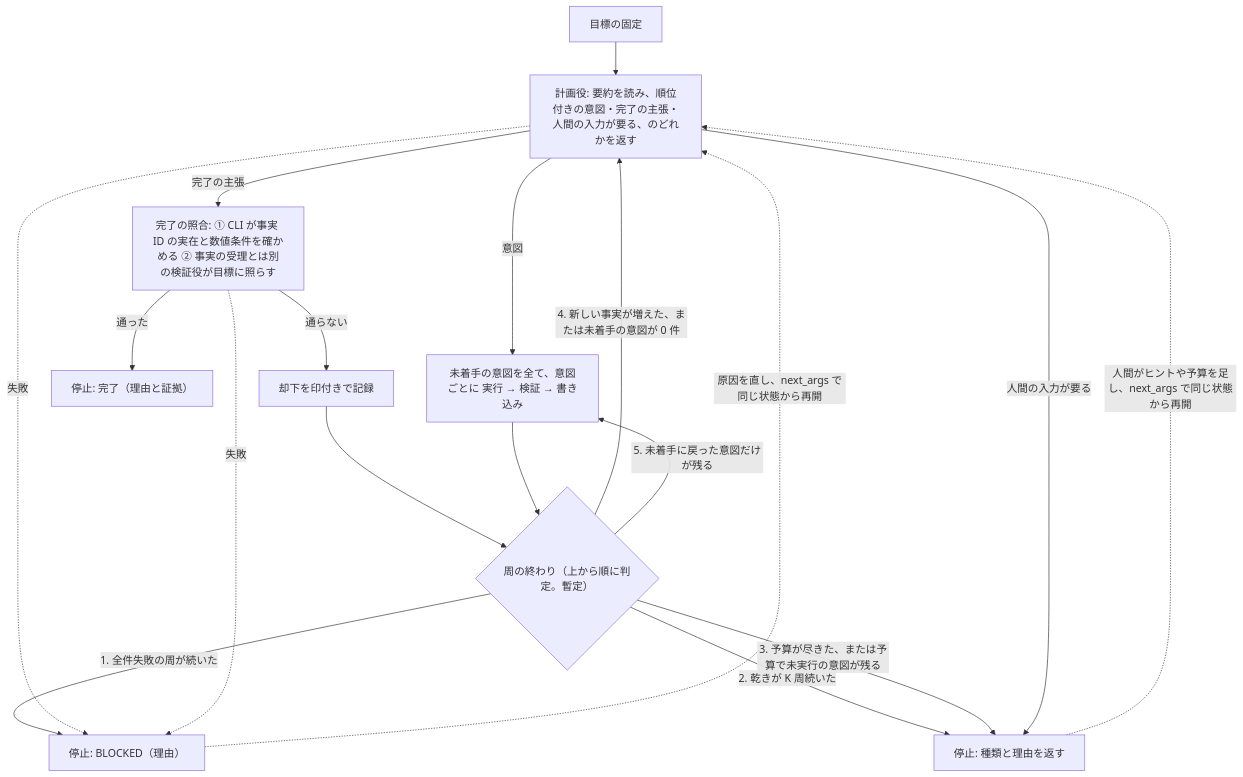
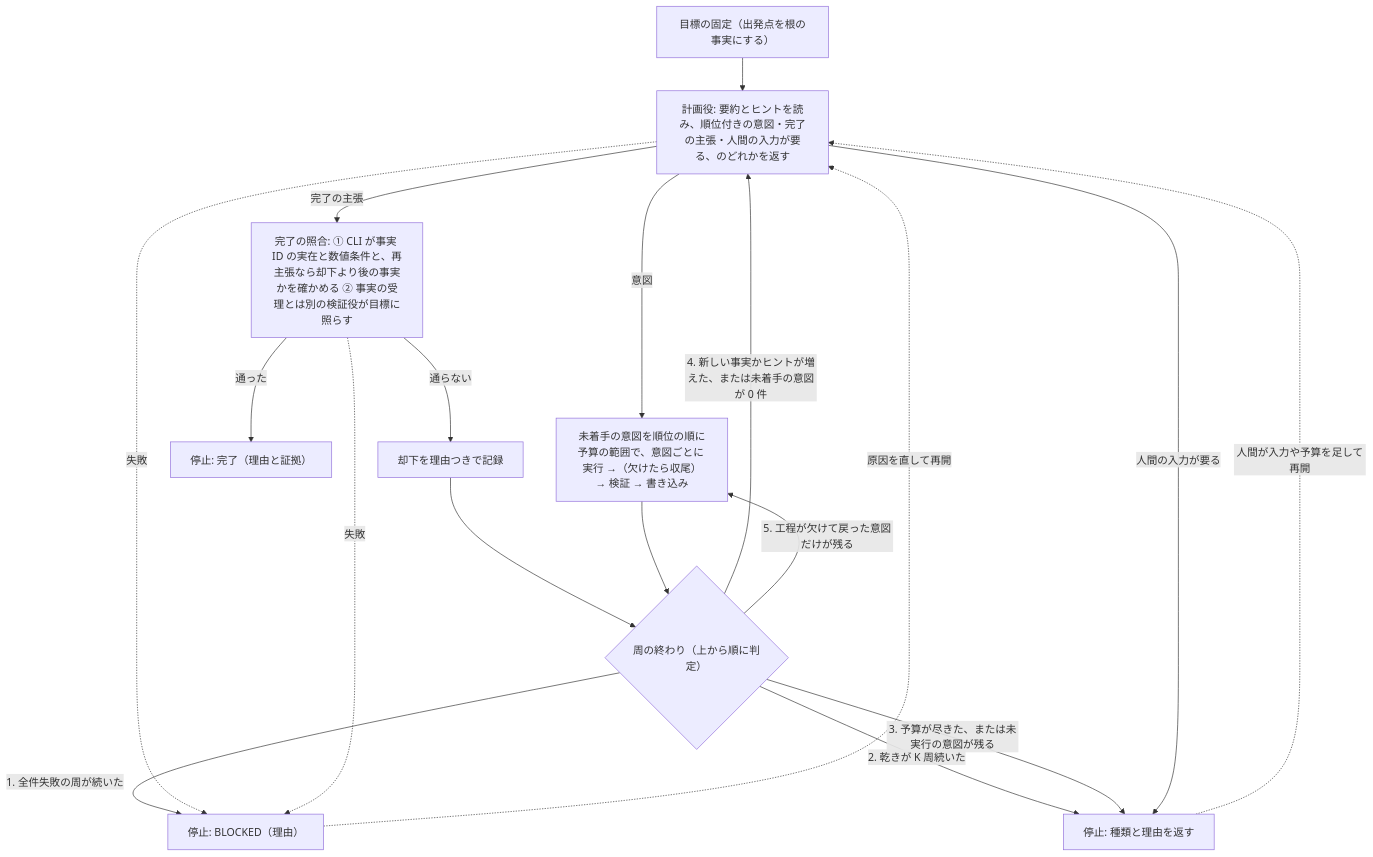
The third of 3 diagrams in docs/design/skill-design-patterns.md (yoshiysh/claude-plugins), drawn with Mermaid before and after one commit. The commit also changed other lines of this file, not shown here.

````diff
--- a/docs/design/skill-design-patterns.md
+++ b/docs/design/skill-design-patterns.md
@@ -147,19 +223,19 @@
 ```mermaid
 flowchart TD
-  A["目標の固定"] --> P["計画役: 要約を読み、順位付きの意図・完了の主張・人間の入力が要る、のどれかを返す"]
-  P -- 意図 --> X["未着手の意図を全て、意図ごとに 実行 → 検証 → 書き込み"]
-  P -- 完了の主張 --> C["完了の照合: ① CLI が事実 ID の実在と数値条件を確かめる ② 事実の受理とは別の検証役が目標に照らす"]
+  A["目標の固定（出発点を根の事実にする）"] --> P["計画役: 要約とヒントを読み、順位付きの意図・完了の主張・人間の入力が要る、のどれかを返す"]
+  P -- 意図 --> X["未着手の意図を順位の順に予算の範囲で、意図ごとに 実行 →（欠けたら収尾）→ 検証 → 書き込み"]
+  P -- 完了の主張 --> C["完了の照合: ① CLI が事実 ID の実在と数値条件と、再主張なら却下より後の事実かを確かめる ② 事実の受理とは別の検証役が目標に照らす"]
   C -- 通った --> E["停止: 完了（理由と証拠）"]
-  C -- 通らない --> RJ["却下を印付きで記録"] --> R
-  X --> R{"周の終わり（上から順に判定。暫定）"}
+  C -- 通らない --> RJ["却下を理由つきで記録"] --> R
+  X --> R{"周の終わり（上から順に判定）"}
   R -- "1. 全件失敗の周が続いた" --> B["停止: BLOCKED（理由）"]
   R -- "2. 乾きが K 周続いた" --> H["停止: 種類と理由を返す"]
-  R -- "3. 予算が尽きた、または予算で未実行の意図が残る" --> H
-  R -- "4. 新しい事実が増えた、または未着手の意図が 0 件" --> P
-  R -- "5. 未着手に戻った意図だけが残る" --> X
+  R -- "3. 予算が尽きた、または未実行の意図が残る" --> H
+  R -- "4. 新しい事実かヒントが増えた、または未着手の意図が 0 件" --> P
+  R -- "5. 工程が欠けて戻った意図だけが残る" --> X
   P -- 人間の入力が要る --> H
   P -. 失敗 .-> B
   C -. 失敗 .-> B
-  H -. "人間がヒントや予算を足し、next_args で同じ状態から再開" .-> P
-  B -. "原因を直し、next_args で同じ状態から再開" .-> P
+  H -. "人間が入力や予算を足して再開" .-> P
+  B -. "原因を直して再開" .-> P
 ```
````
